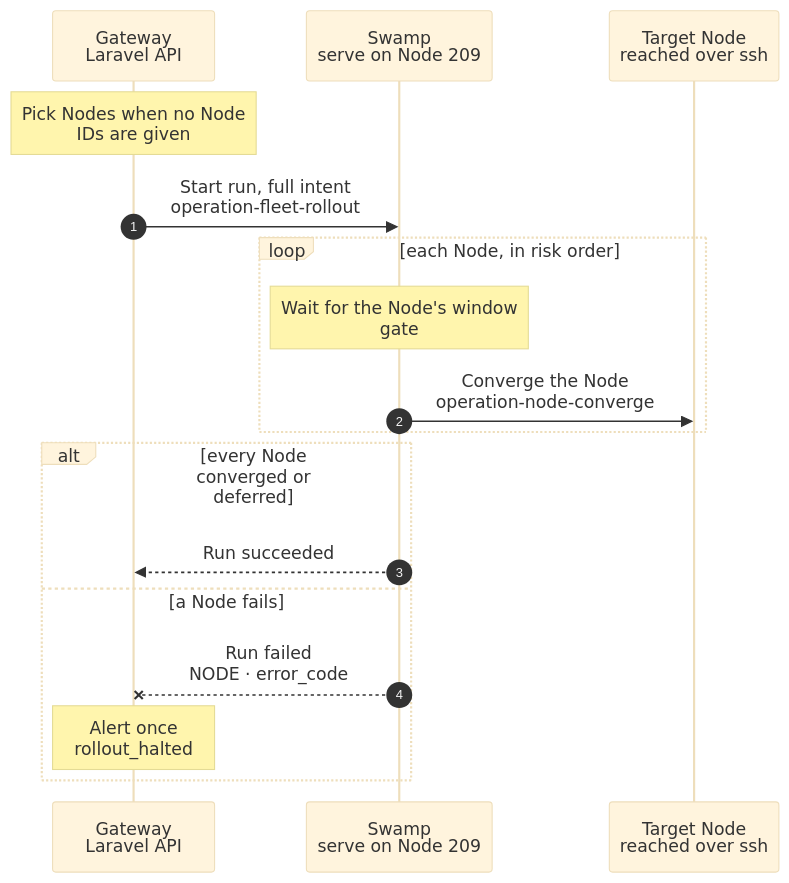
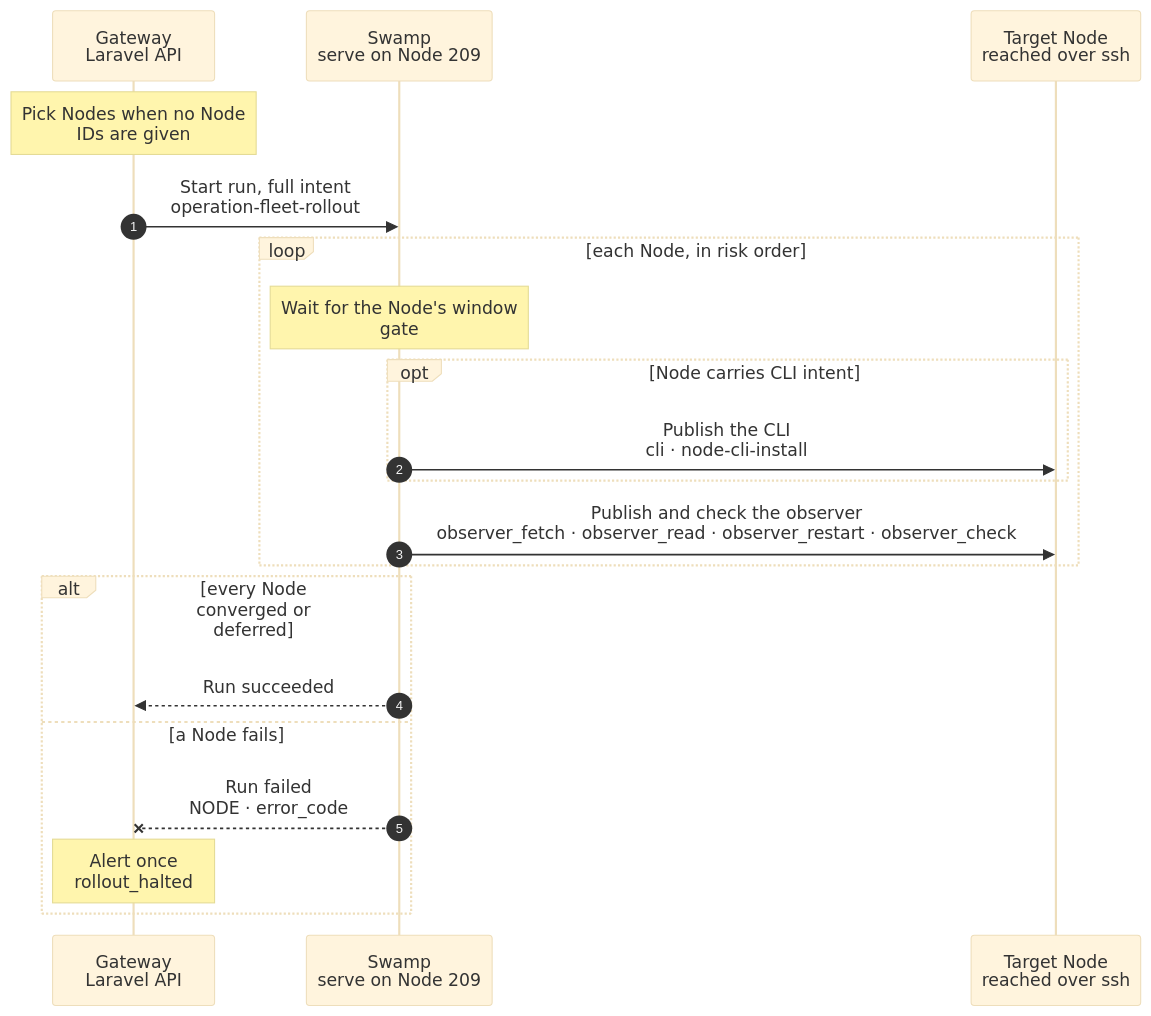
One commit to hardimpactdev/orbit changed the diagram in docs/cli/fleet/rollout.mmd. Above: the diagram before and after it, drawn with Mermaid (base theme). The commit also changed 5 other files, not shown here.

Commit message:
docs: define CLI intent only for CI runner Nodes

```diff
--- a/docs/cli/fleet/rollout.mmd
+++ b/docs/cli/fleet/rollout.mmd
@@ -1,55 +1,61 @@
 sequenceDiagram
   %% Target design: fleet maintenance redesign 2026-11-03 (each Node visit runs node:converge); R3c: no rollout records, Swamp run history is the record. docs/reference/gateway-recovery.md#fleet-rollout.
   %% status: draft
   %% command: orbit fleet:rollout
   %% kind: fleet.rollout
   autonumber
   %% lane GW icon=gateway pill=intent tone=blue
   %% lane SW icon=workflow pill=executes tone=green
   %% lane N icon=server pill=target tone=amber
   participant GW as Gateway<br/>Laravel API
   participant SW as Swamp<br/>serve on Node 209
   participant N as Target Node<br/>reached over ssh
   Note over GW: Pick Nodes when no Node<br/>IDs are given
   %%> When:
   %%> - when the Gateway records a release `verified`: it queues one admission
   %%> - once a day at 03:05 Europe/Amsterdam, when the window of the other Nodes opens; the schedule only queues the admission
   %%> - when an operator runs `orbit fleet:rollout`
   %%> - always while `ORBIT_FLEET_ROLLOUT=true`, and only for a commit whose Gateway release is verified
   %%> Decided by the orchestrator, for Nick's review:
   %%> - the verified release admits the rollout, as `gateway:release:deploy` says; the deleted `fleet-maintenance` schedule did it each minute until 2026-11-06
   %%> - most releases land outside the window, so a daily pass at window open visits the Nodes they deferred
-  %%> - the admission waits a minute at a time while CI has not published the commit's CLI release yet, or another rollout runs
+  %%> - the admission waits while another rollout runs; Nodes without CLI intent need no CLI release
+  %%> - a Node with CLI intent waits for its CLI release; this does not hold back Nodes without CLI intent
   %%> Picks:
   %%> - a Node whose last visit for this commit did not converge it, a drifted Node, or a Node not visited yet
   %%> - at most once per 5 minutes per Node; the last visit is read from earlier rollout results
   %%> - no Node after a failed Node that still waits its 5 minutes
   %%> - in risk order: `app-dev`, then `ci-runner` `metrics` `analytics`, then `database` `websocket` `vpn` `router`, then `app-prod` `ingress`
   GW->>SW: Start run, full intent<br/>operation-fleet-rollout
   %%> Input:
-  %%> - the commit, the CLI release, the agent pin and each picked Node
+  %%> - the commit, the agent pin and each picked Node; CLI intent only for Nodes that require it
   %%> Requirements:
   %%> - no other rollout is running
   loop each Node, in risk order
     Note over SW: Wait for the Node's window<br/>gate
     %%> Why:
     %%> - `app-dev`-only Nodes go at any hour; others only 03:00–06:00 Europe/Amsterdam
     %%> - a closed window defers the Node to a later pass; it is not a failure
-    SW->>N: Converge the Node<br/>operation-node-converge
-    %%> Why the same workflow:
-    %%> - one way to bring a Node to the release
-    %%> - a failed Tool does not fail the Node; Doctor shows it
+    opt Node carries CLI intent
+      SW->>N: Publish the CLI<br/>cli · node-cli-install
+      %%> What it does:
+      %%> - the Gateway uses the shared CLI eligibility rule; failed publication stops this Node
+    end
+    SW->>N: Publish and check the observer<br/>observer_fetch · observer_read · observer_restart · observer_check
+    %%> What it does:
+    %%> - a Node without CLI intent skips the CLI child and publishes its observer independently
+    %%> - the running digest and active unit prove the pinned observer
   end
   alt every Node converged or deferred
     SW-->>GW: Run succeeded
     %%> Result:
     %%> - the Operation result lists each Node's outcome; the next pass reads it
   else a Node fails
     SW--xGW: Run failed<br/>NODE · error_code
     %%> Why stop:
     %%> - later Nodes are not visited, so one bad release breaks at most one Node
     Note over GW: Alert once<br/>rollout_halted
     %%> Retry:
     %%> - fix the cause; the next pass (a verified release, the daily window pass or an operator) starts again at this Node
     %%> - retries raise no new alert for the same Node, commit and error
   end
```
